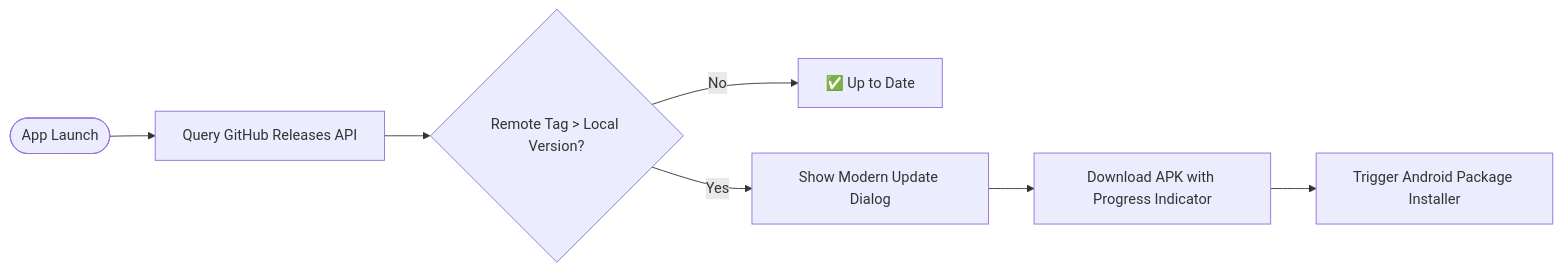
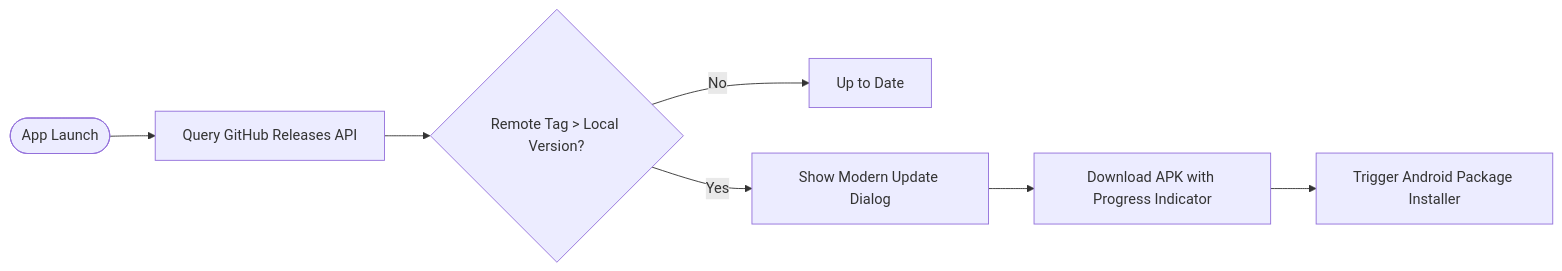
Before and after one commit to devdantic/Darvesh-Classes: the fourth of 4 diagrams in README.md, drawn with Mermaid. The commit also changed other lines of this file, not shown here.

````diff
--- a/README.md
+++ b/README.md
@@ -140,9 +140,9 @@
 ```mermaid
 flowchart LR
-    AppOpen([App Launch]) --> CheckVer[Query GitHub Releases API]
-    CheckVer --> Compare{Remote Tag > Local Version?}
-    Compare -- No --> UpToDate[✅ Up to Date]
-    Compare -- Yes --> ShowDialog[Show Modern Update Dialog]
-    ShowDialog --> Download[Download APK with Progress Indicator]
-    Download --> Install[Trigger Android Package Installer]
+    AppOpen(["App Launch"]) --> CheckVer["Query GitHub Releases API"]
+    CheckVer --> Compare{"Remote Tag > Local Version?"}
+    Compare -- "No" --> UpToDate["Up to Date"]
+    Compare -- "Yes" --> ShowDialog["Show Modern Update Dialog"]
+    ShowDialog --> Download["Download APK with Progress Indicator"]
+    Download --> Install["Trigger Android Package Installer"]
 ```
````
